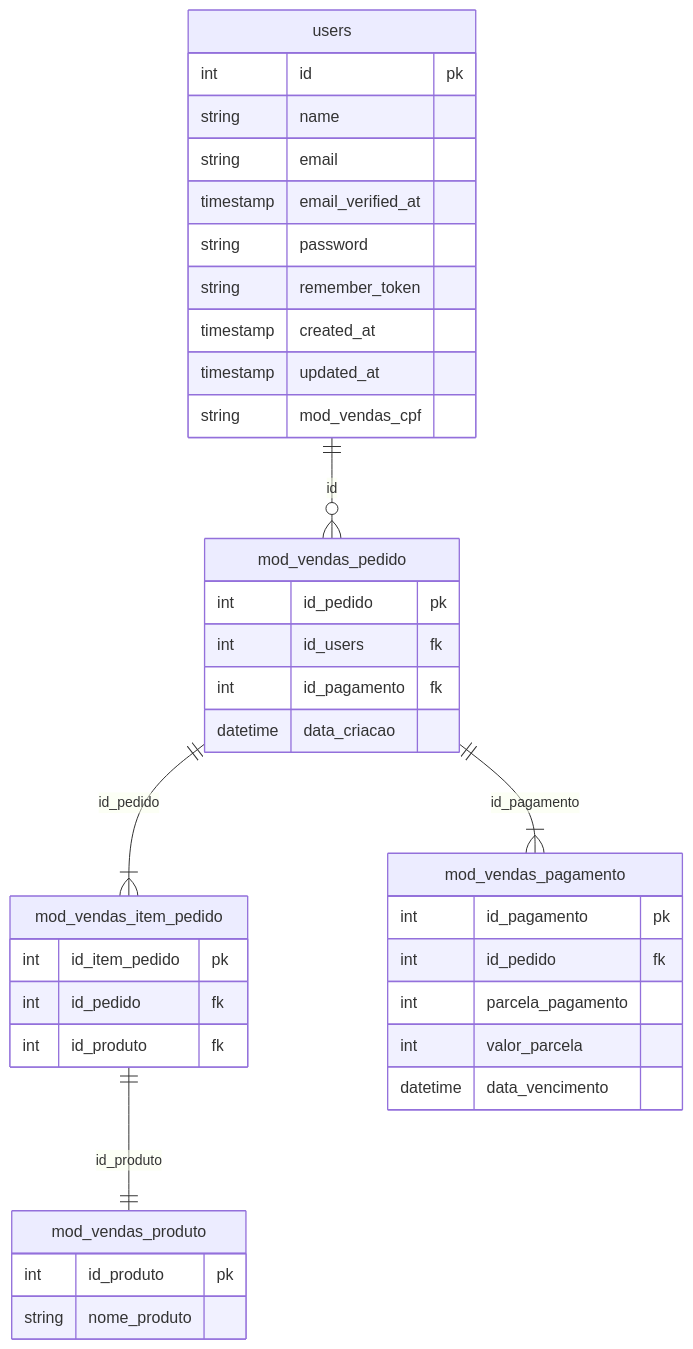
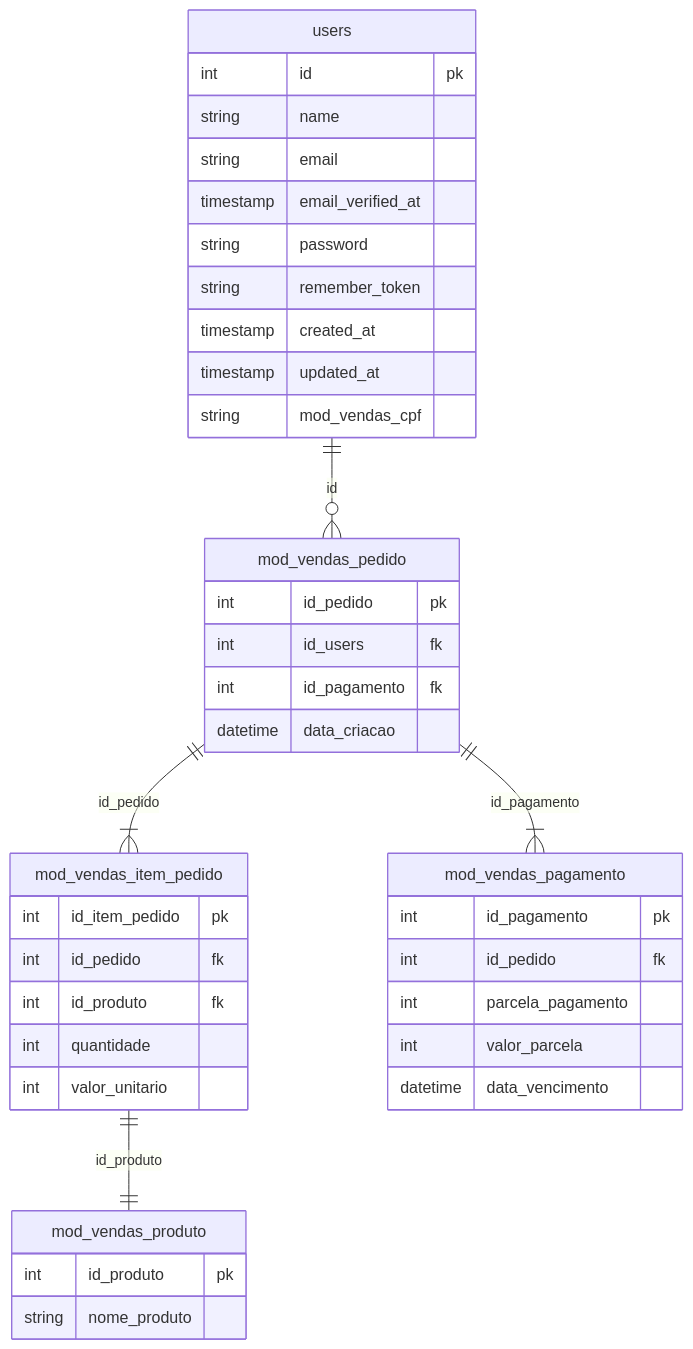
Before and after one commit to JVHelion/mod_vendas: the diagram in README.md, drawn with Mermaid. The commit also changed other lines of this file and 2 other files, not shown here.

Commit message:
fix: removido relação tabela pagamentos com pedido

````diff
--- a/README.md
+++ b/README.md
@@ -66,55 +67,57 @@
 ```mermaid
 erDiagram
     
     users {
         int id pk
         string name
         string email
         timestamp email_verified_at
         string password
         string remember_token
         timestamp created_at
         timestamp updated_at
         string mod_vendas_cpf
     }
     
     users ||--o{ mod_vendas_pedido : id
     
     mod_vendas_pedido {
         int id_pedido pk
         int id_users fk
         int id_pagamento fk
         datetime data_criacao
     }
     
     mod_vendas_pedido ||--|{ mod_vendas_item_pedido : id_pedido
     mod_vendas_pedido ||--|{ mod_vendas_pagamento : id_pagamento
     
     mod_vendas_item_pedido {
         int id_item_pedido pk
         int id_pedido fk
         int id_produto fk
+        int quantidade
+        int valor_unitario
     }
     
     mod_vendas_item_pedido ||--|| mod_vendas_produto : id_produto
     
     mod_vendas_produto {
         int id_produto pk
         string nome_produto
     }
     
     mod_vendas_pagamento {
         int id_pagamento pk
         int id_pedido fk
         int parcela_pagamento
         int valor_parcela
         datetime data_vencimento
     }
 
 
 
 
 
 
 
 ```
````
